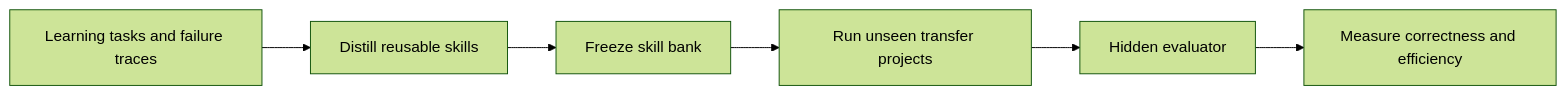
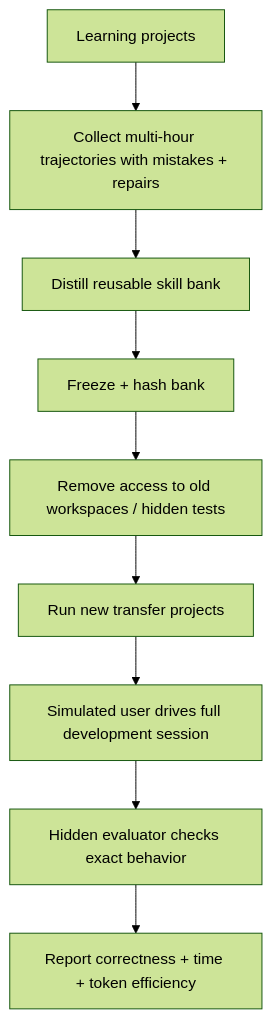
One commit to ShadowKingYT444/harness-papers-daily changed the diagram in _analyses/2609.39284.md. Above: the diagram before and after it, drawn with Mermaid (forest theme). The commit also changed other lines of this file and 37 other files, not shown here.

````diff
--- a/_analyses/2609.39284.md
+++ b/_analyses/2609.39284.md
@@ -23,8 +50,11 @@
-```mermaid
-flowchart LR
-    A[Learning tasks and failure traces] --> B[Distill reusable skills]
-    B --> C[Freeze skill bank]
-    C --> D[Run unseen transfer projects]
-    D --> E[Hidden evaluator]
-    E --> F[Measure correctness and efficiency]
-```
+~~~mermaid
+flowchart TD
+    A["Learning projects"] --> B["Collect multi-hour trajectories with mistakes + repairs"]
+    B --> C["Distill reusable skill bank"]
+    C --> D["Freeze + hash bank"]
+    D --> E["Remove access to old workspaces / hidden tests"]
+    E --> F["Run new transfer projects"]
+    F --> G["Simulated user drives full development session"]
+    G --> H["Hidden evaluator checks exact behavior"]
+    H --> I["Report correctness + time + token efficiency"]
+~~~
````
